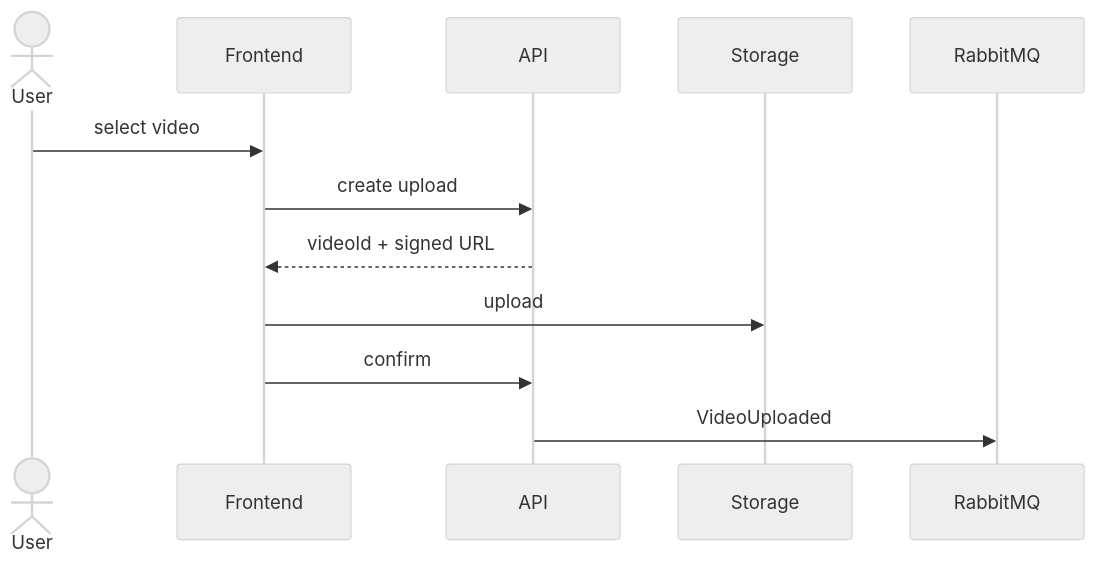
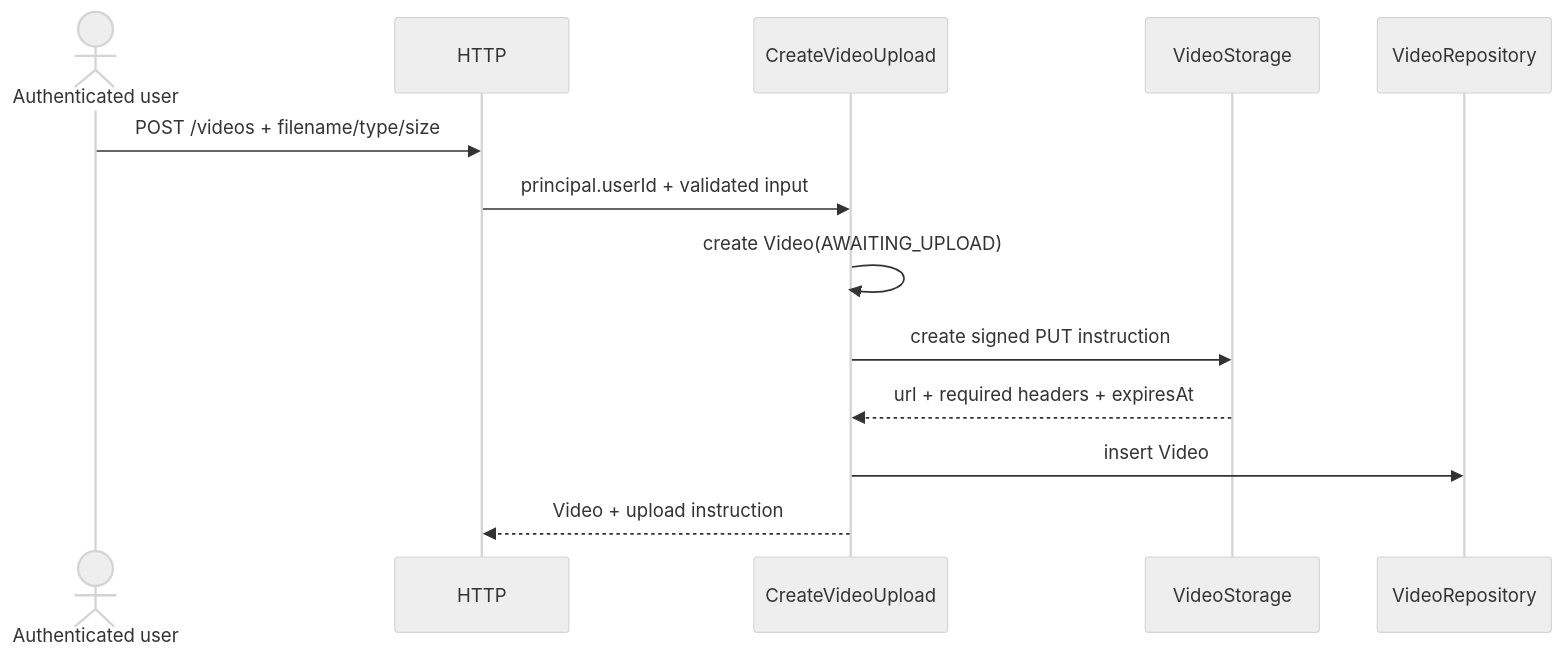
The first of 2 diagrams in specs/EPIC-003-video-management/design.md (cesargomesjr/video-processing-platform), drawn with Mermaid (neutral theme) before and after one commit. The commit also changed other lines of this file and 21 other files, not shown here.

Commit message:
docs(video): refine EPIC-003 architecture

````diff
--- a/specs/EPIC-003-video-management/design.md
+++ b/specs/EPIC-003-video-management/design.md
@@ -27,15 +66,16 @@
 ```mermaid
 sequenceDiagram
-    actor U as User
-    participant F as Frontend
-    participant A as API
-    participant S as Storage
-    participant Q as RabbitMQ
+    actor U as Authenticated user
+    participant H as HTTP
+    participant A as CreateVideoUpload
+    participant S as VideoStorage
+    participant D as VideoRepository
 
-    U->>F: select video
-    F->>A: create upload
-    A-->>F: videoId + signed URL
-    F->>S: upload
-    F->>A: confirm
-    A->>Q: VideoUploaded
+    U->>H: POST /videos + filename/type/size
+    H->>A: principal.userId + validated input
+    A->>A: create Video(AWAITING_UPLOAD)
+    A->>S: create signed PUT instruction
+    S-->>A: url + required headers + expiresAt
+    A->>D: insert Video
+    A-->>H: Video + upload instruction
 ```
````
